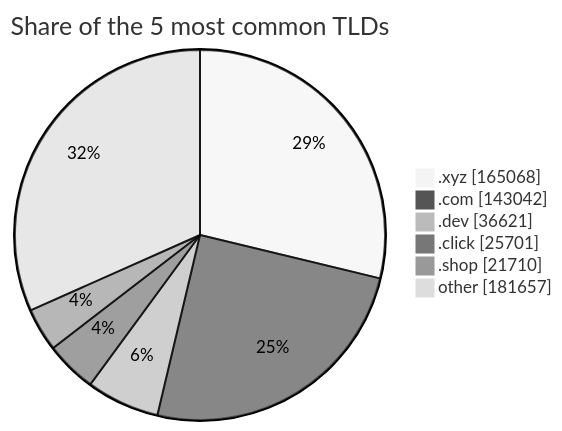
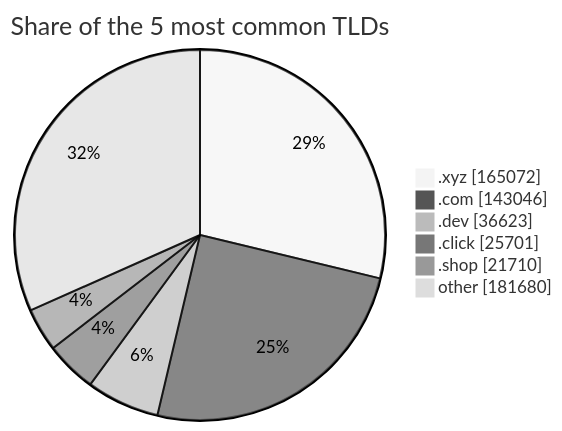
Before and after one commit to DNSBunker/CTI: the third of 3 diagrams in README.md, drawn with Mermaid (neutral theme). The commit also changed other lines of this file and 3 other files, not shown here.

````diff
--- a/README.md
+++ b/README.md
@@ -81,9 +81,9 @@
 ```mermaid
 pie showData title Share of the 5 most common TLDs
-    ".xyz" : 165068
-    ".com" : 143042
-    ".dev" : 36621
+    ".xyz" : 165072
+    ".com" : 143046
+    ".dev" : 36623
     ".click" : 25701
     ".shop" : 21710
-    "other" : 181657
+    "other" : 181680
 ```
````
